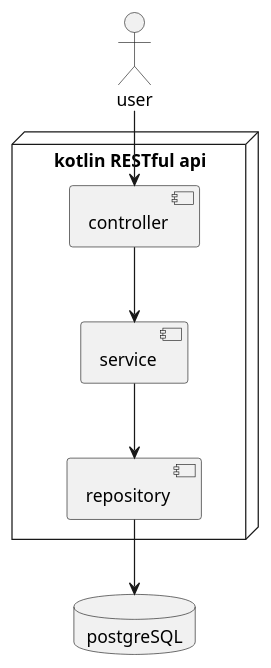
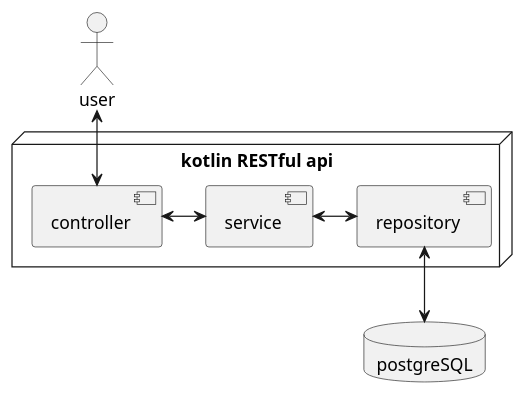
Before and after one commit to Scr34m1nG/Kotlin_RESTful_API: the diagram in system-design.puml, drawn with PlantUML.

Commit message:
create design system

```diff
--- a/system-design.puml
+++ b/system-design.puml
@@ -1,16 +1,16 @@
 @startuml
 actor "user" as user
 node "kotlin RESTful api"{
     component "controller" as controller
     component "service" as service
     component "repository" as repository
 }
 
 database "postgreSQL" as database
 
-user --> controller
-controller --> service
-service --> repository
-repository --> database
+user <--> controller
+controller <-> service
+service <-> repository
+repository <--> database
 
 @enduml
```
